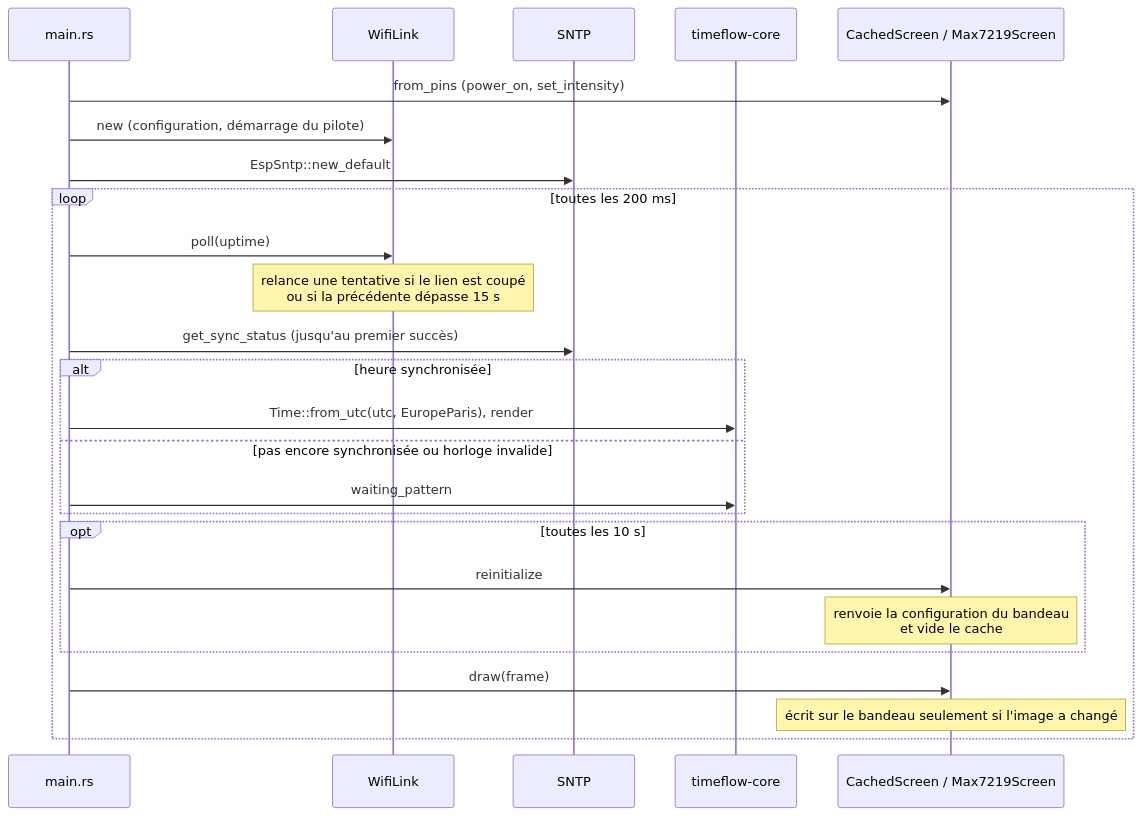
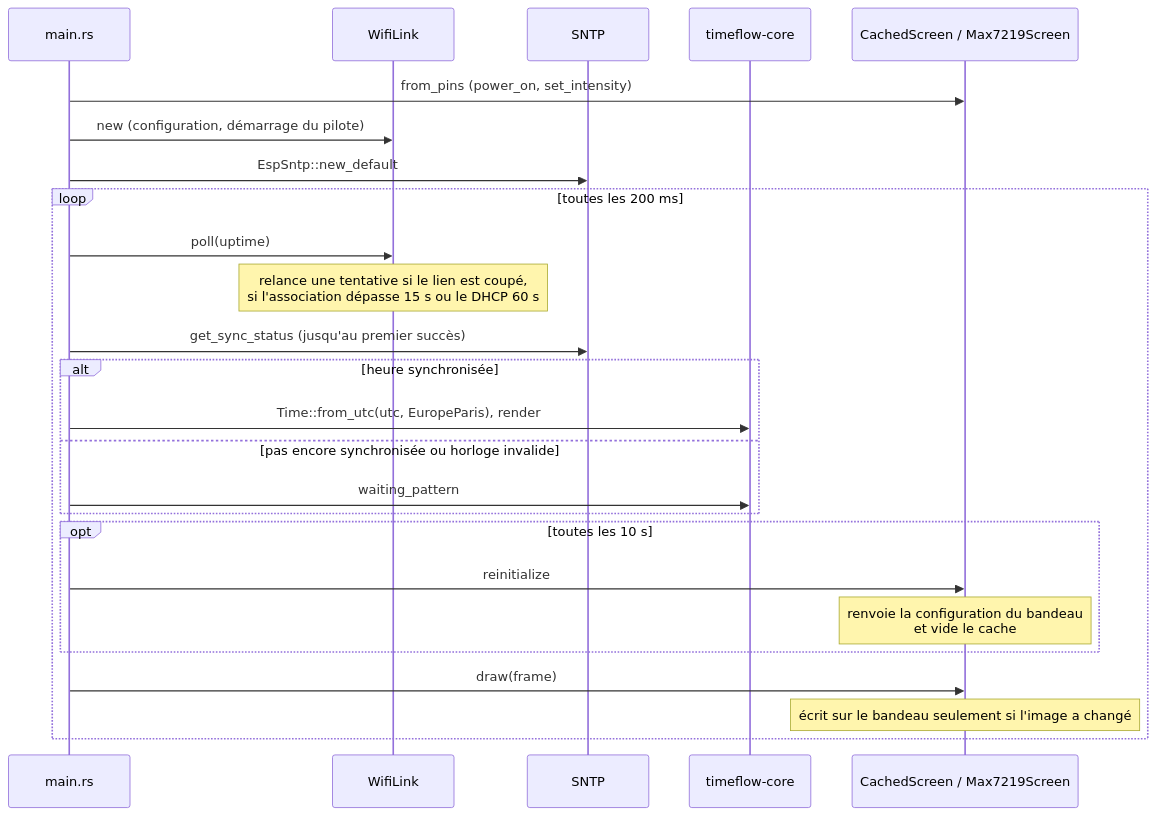
One commit to jprecigout/timeflow changed the second of 3 diagrams in docs/architecture.md. Above: the diagram before and after it, drawn with Mermaid. The commit also changed other lines of this file and 3 other files, not shown here.

````diff
--- a/docs/architecture.md
+++ b/docs/architecture.md
@@ -65,28 +65,28 @@
 ```mermaid
 sequenceDiagram
     participant M as main.rs
     participant W as WifiLink
     participant N as SNTP
     participant C as timeflow-core
     participant S as CachedScreen / Max7219Screen
 
     M->>S: from_pins (power_on, set_intensity)
     M->>W: new (configuration, démarrage du pilote)
     M->>N: EspSntp::new_default
     loop toutes les 200 ms
         M->>W: poll(uptime)
-        Note over W: relance une tentative si le lien est coupé<br/>ou si la précédente dépasse 15 s
+        Note over W: relance une tentative si le lien est coupé,<br/>si l'association dépasse 15 s ou le DHCP 60 s
         M->>N: get_sync_status (jusqu'au premier succès)
         alt heure synchronisée
             M->>C: Time::from_utc(utc, EuropeParis), render
         else pas encore synchronisée ou horloge invalide
             M->>C: waiting_pattern
         end
         opt toutes les 10 s
             M->>S: reinitialize
             Note over S: renvoie la configuration du bandeau<br/>et vide le cache
         end
         M->>S: draw(frame)
         Note over S: écrit sur le bandeau seulement si l'image a changé
     end
 ```
````
